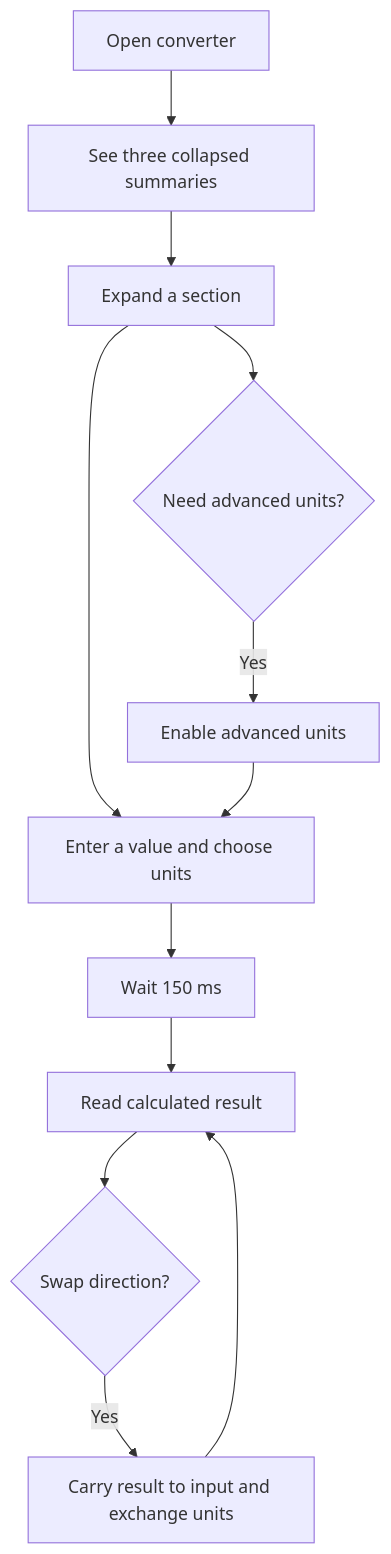
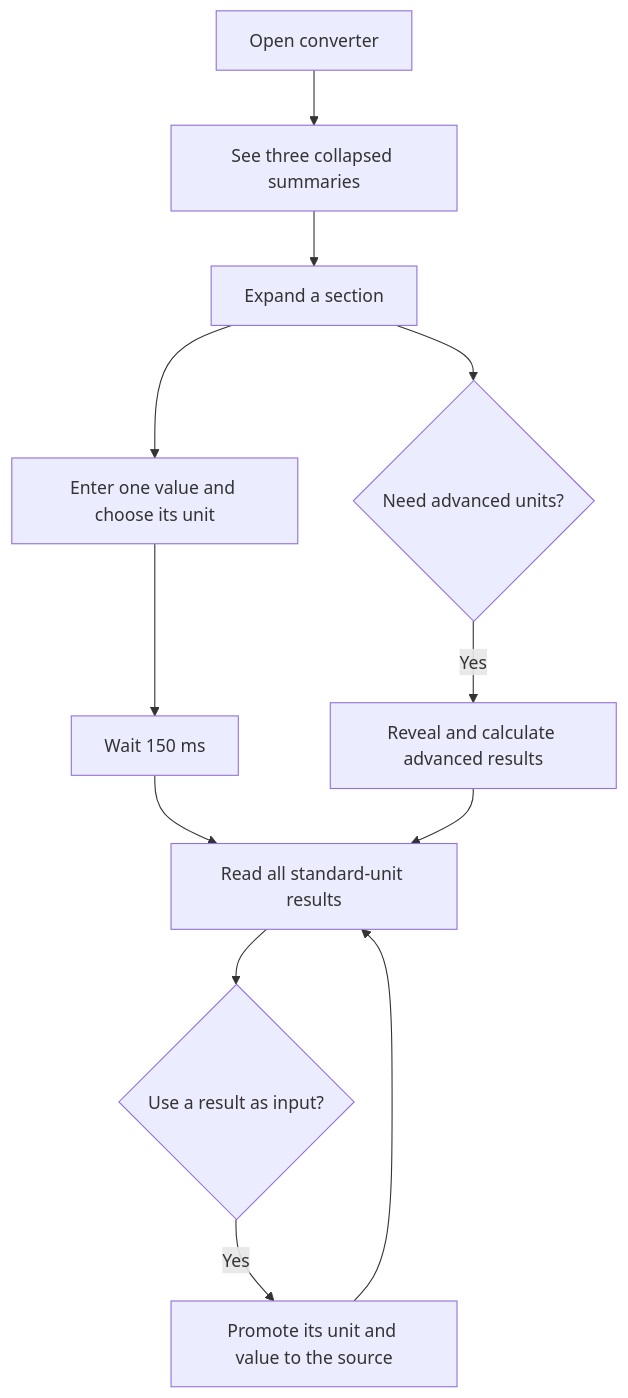
The second of 3 diagrams in architecture.md (johnpfeiffer/converter), drawn with Mermaid before and after one commit. The commit also changed other lines of this file and 17 other files, not shown here.

````diff
--- a/architecture.md
+++ b/architecture.md
@@ -33,14 +42,14 @@
 ```mermaid
 flowchart TD
     Start[Open converter] --> Summary[See three collapsed summaries]
     Summary --> Expand[Expand a section]
-    Expand --> Enter[Enter a value and choose units]
+    Expand --> Enter[Enter one value and choose its unit]
     Enter --> Debounce[Wait 150 ms]
-    Debounce --> Result[Read calculated result]
+    Debounce --> Result[Read all standard-unit results]
     Expand --> Advanced{Need advanced units?}
-    Advanced -->|Yes| Reveal[Enable advanced units]
-    Reveal --> Enter
-    Result --> Swap{Swap direction?}
-    Swap -->|Yes| Carry[Carry result to input and exchange units]
+    Advanced -->|Yes| Reveal[Reveal and calculate advanced results]
+    Reveal --> Result
+    Result --> Promote{Use a result as input?}
+    Promote -->|Yes| Carry[Promote its unit and value to the source]
     Carry --> Result
 ```
````
